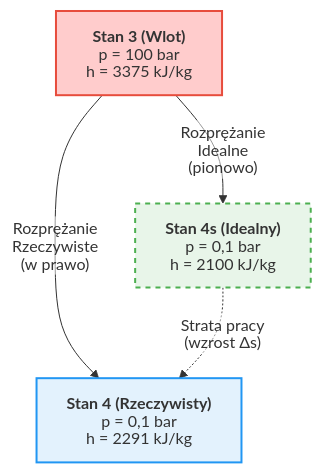
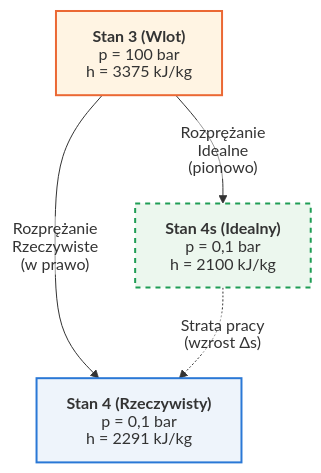
One commit to moondec/Termodynamika changed the second of 3 diagrams in Wyklady/10_Obiegi_Parowe.qmd. Above: the diagram before and after it, drawn with Mermaid. The commit also changed other lines of this file and 229 other files, not shown here.

````diff
--- a/Wyklady/10_Obiegi_Parowe.qmd
+++ b/Wyklady/10_Obiegi_Parowe.qmd
@@ -635,23 +623,23 @@
 ```{mermaid}
 %%{init: {'theme': 'default', 'flowchart': {'htmlLabels': false, 'wrappingWidth': 400, 'subGraphTitleMargin': {'top': 6, 'bottom': 16}}, 'themeVariables': {'fontSize': '16px', 'fontFamily': 'Arial, Helvetica, sans-serif', 'primaryColor': '#ffffff', 'edgeLabelBackground': '#ffffff', 'tertiaryColor': '#fff0f0'}, 'htmlLabels': false}}%%
 
 %%| fig-align: center
 flowchart TD
     A["`**Stan 3 (Wlot)**
 p = 100 bar
 h = 3375 kJ/kg`"] 
     B["`**Stan 4s (Idealny)**
 p = 0,1 bar
 h = 2100 kJ/kg`"]
     C["`**Stan 4 (Rzeczywisty)**
 p = 0,1 bar
 h = 2291 kJ/kg`"]
     
     A -->|"Rozprężanie<br>Idealne<br>(pionowo)"| B
     A -->|"Rozprężanie<br>Rzeczywiste<br>(w prawo)"| C
     B -.->|"Strata pracy<br>(wzrost Δs)"| C
     
-    style A fill:#ffcccc,stroke:#e74c3c,stroke-width:2px
-    style B fill:#e8f5e9,stroke:#4caf50,stroke-width:2px,stroke-dasharray: 5 5
-    style C fill:#e3f2fd,stroke:#2196f3,stroke-width:2px
+    style A fill:#fff4e3,stroke:#eb6834,stroke-width:2px
+    style B fill:#ecf7ee,stroke:#1f9d55,stroke-width:2px,stroke-dasharray: 5 5
+    style C fill:#eef4fb,stroke:#2a78d6,stroke-width:2px
 ```
````
